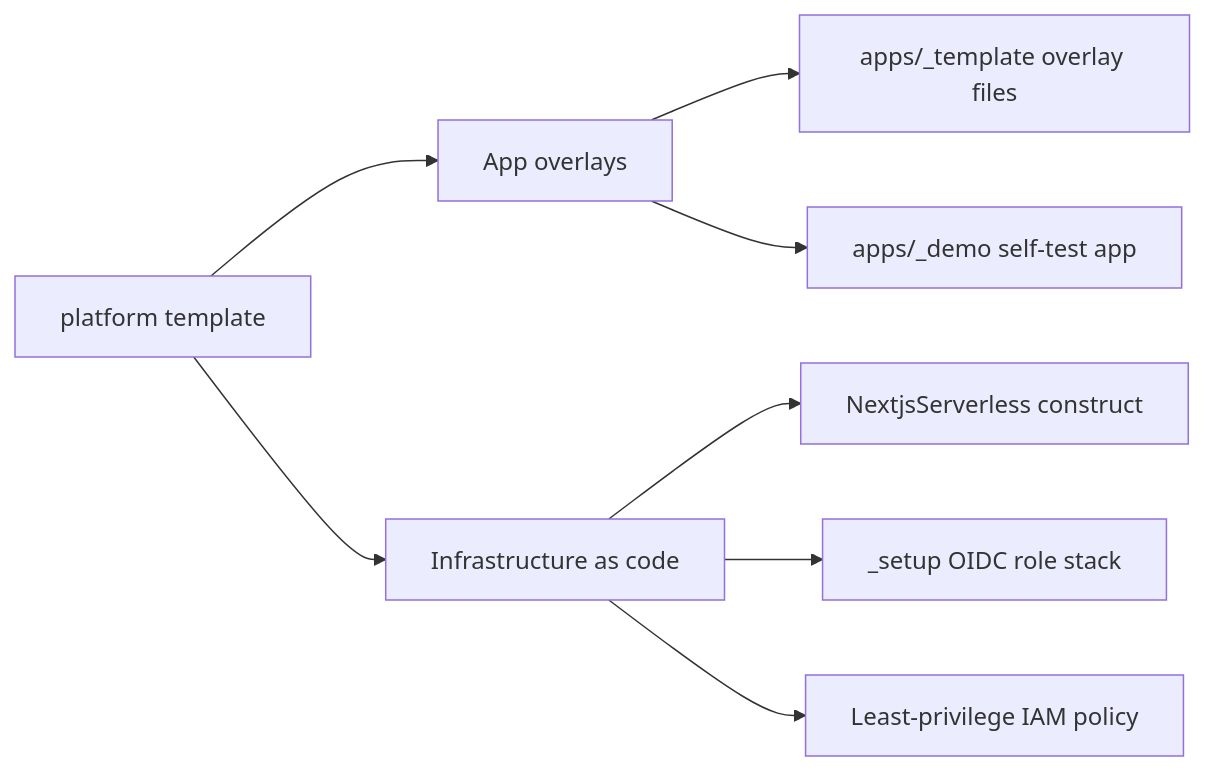
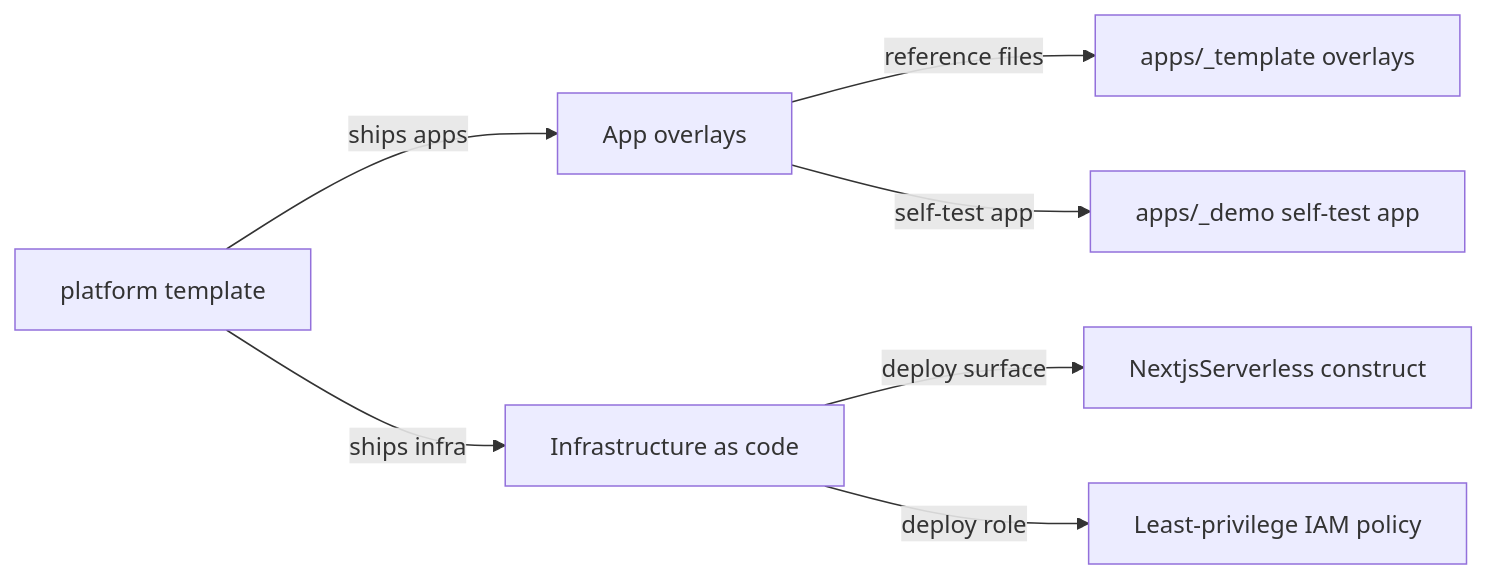
Before and after one commit to elleskay/platform: the third of 5 diagrams in README.md, drawn with Mermaid. The commit also changed other lines of this file and 48 other files, not shown here.

````diff
--- a/README.md
+++ b/README.md
@@ -146,18 +126,9 @@
 ```mermaid
 flowchart LR
-  P["platform template"]
-  APPS["App overlays"]
-  INFRA["Infrastructure as code"]
-  T["apps/_template overlay files"]
-  D["apps/_demo self-test app"]
-  C["NextjsServerless construct"]
-  S["_setup OIDC role stack"]
-  IAM["Least-privilege IAM policy"]
-  P --> APPS
-  P --> INFRA
-  APPS --> T
-  APPS --> D
-  INFRA --> C
-  INFRA --> S
-  INFRA --> IAM
+  P["platform template"] -->|"ships apps"| APPS["App overlays"]
+  P -->|"ships infra"| INFRA["Infrastructure as code"]
+  APPS -->|"reference files"| T["apps/_template overlays"]
+  APPS -->|"self-test app"| D["apps/_demo self-test app"]
+  INFRA -->|"deploy surface"| C["NextjsServerless construct"]
+  INFRA -->|"deploy role"| IAM["Least-privilege IAM policy"]
 ```
````
